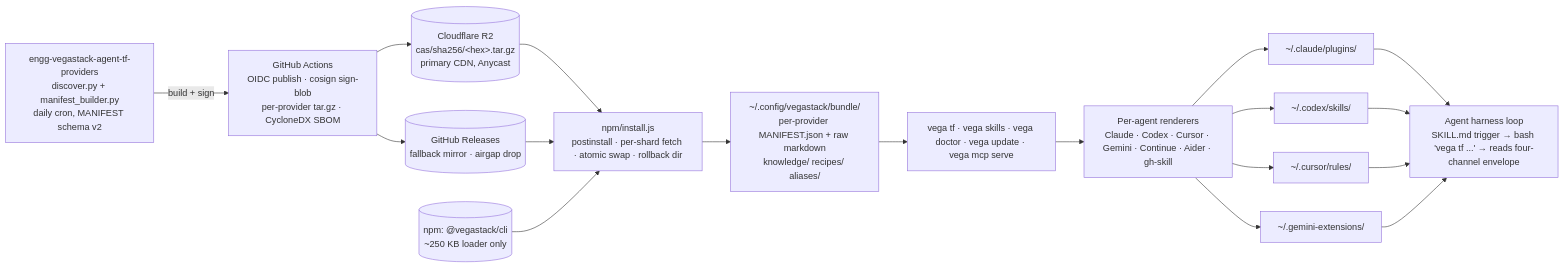
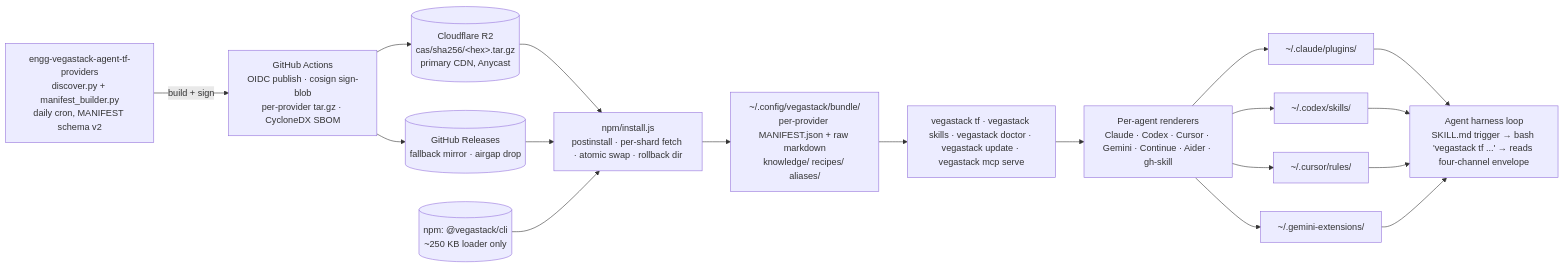
Before and after one commit to VegaStack/vegastack-cli: the diagram in docs/planning/07-v1-plan-synthesis.md, drawn with Mermaid. The commit also changed other lines of this file and 154 other files, not shown here.

````diff
--- a/docs/planning/07-v1-plan-synthesis.md
+++ b/docs/planning/07-v1-plan-synthesis.md
@@ -40,25 +40,25 @@
 ```mermaid
 flowchart LR
   upstream[engg-vegastack-agent-tf-providers<br/>discover.py + manifest_builder.py<br/>daily cron, MANIFEST schema v2]
   upstream -->|build + sign| ci[GitHub Actions<br/>OIDC publish · cosign sign-blob<br/>per-provider tar.gz · CycloneDX SBOM]
   ci --> r2[(Cloudflare R2<br/>cas/sha256/&lt;hex&gt;.tar.gz<br/>primary CDN, Anycast)]
   ci --> ghrel[(GitHub Releases<br/>fallback mirror · airgap drop)]
   r2 --> loader
   ghrel --> loader
   npm[(npm: @vegastack/cli<br/>~250 KB loader only)]
   loader[npm/install.js<br/>postinstall · per-shard fetch · atomic swap · rollback dir]
   npm --> loader
   loader --> bundle[~/.config/vegastack/bundle/<br/>per-provider MANIFEST.json + raw markdown<br/>knowledge/ recipes/ aliases/]
   bundle --> harness
-  harness[vega tf · vega skills · vega doctor · vega update · vega mcp serve]
+  harness[vegastack tf · vegastack skills · vegastack doctor · vegastack update · vegastack mcp serve]
   harness --> renderers[Per-agent renderers<br/>Claude · Codex · Cursor · Gemini · Continue · Aider · gh-skill]
   renderers --> claude[~/.claude/plugins/]
   renderers --> codex[~/.codex/skills/]
   renderers --> cursor[~/.cursor/rules/]
   renderers --> gemini[~/.gemini-extensions/]
-  agentloop[Agent harness loop<br/>SKILL.md trigger → bash 'vega tf ...' → reads four-channel envelope]
+  agentloop[Agent harness loop<br/>SKILL.md trigger → bash 'vegastack tf ...' → reads four-channel envelope]
   claude --> agentloop
   codex --> agentloop
   cursor --> agentloop
   gemini --> agentloop
 ```
````
